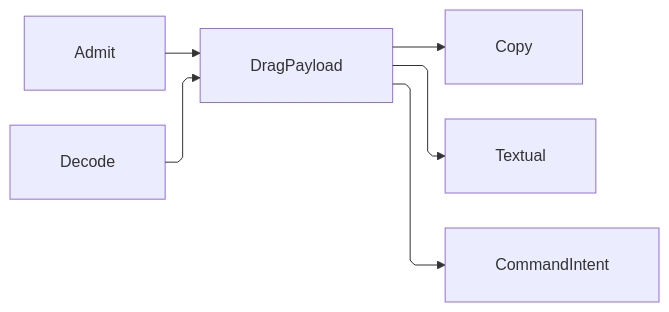
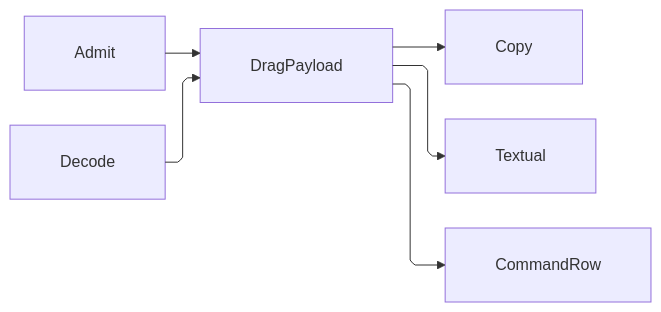
Before and after one commit to bsamiee/Rasm: the diagram in libs/csharp/Rasm.AppUi/.planning/Shell/input.md, drawn with Mermaid. The commit also changed other lines of this file and 818 other files, not shown here.

````diff
--- a/libs/csharp/Rasm.AppUi/.planning/Shell/input.md
+++ b/libs/csharp/Rasm.AppUi/.planning/Shell/input.md
@@ -363,17 +454,17 @@
 ```mermaid
 ---
 config:
   layout: elk
   flowchart:
     curve: linear
     padding: 25
 ---
 flowchart LR
     accTitle: Drag and paste payload fan
     accDescr: Admission and the clipboard format gate both minting one drag payload that fans into the copy leg, the textual projection, and the command intent.
     Admit --> DragPayload
     Decode --> DragPayload
     DragPayload --> Copy
     DragPayload --> Textual
-    DragPayload --> CommandIntent
+    DragPayload --> CommandRow
 ```
````
